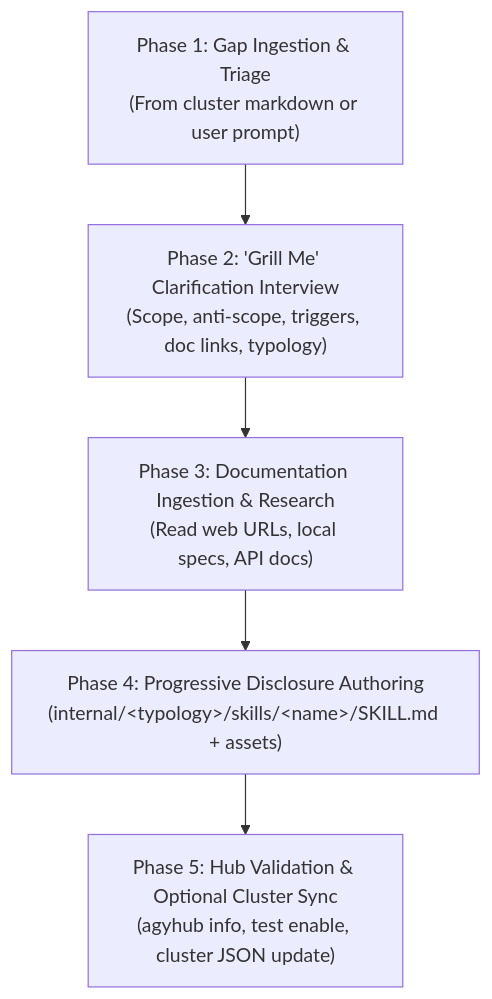
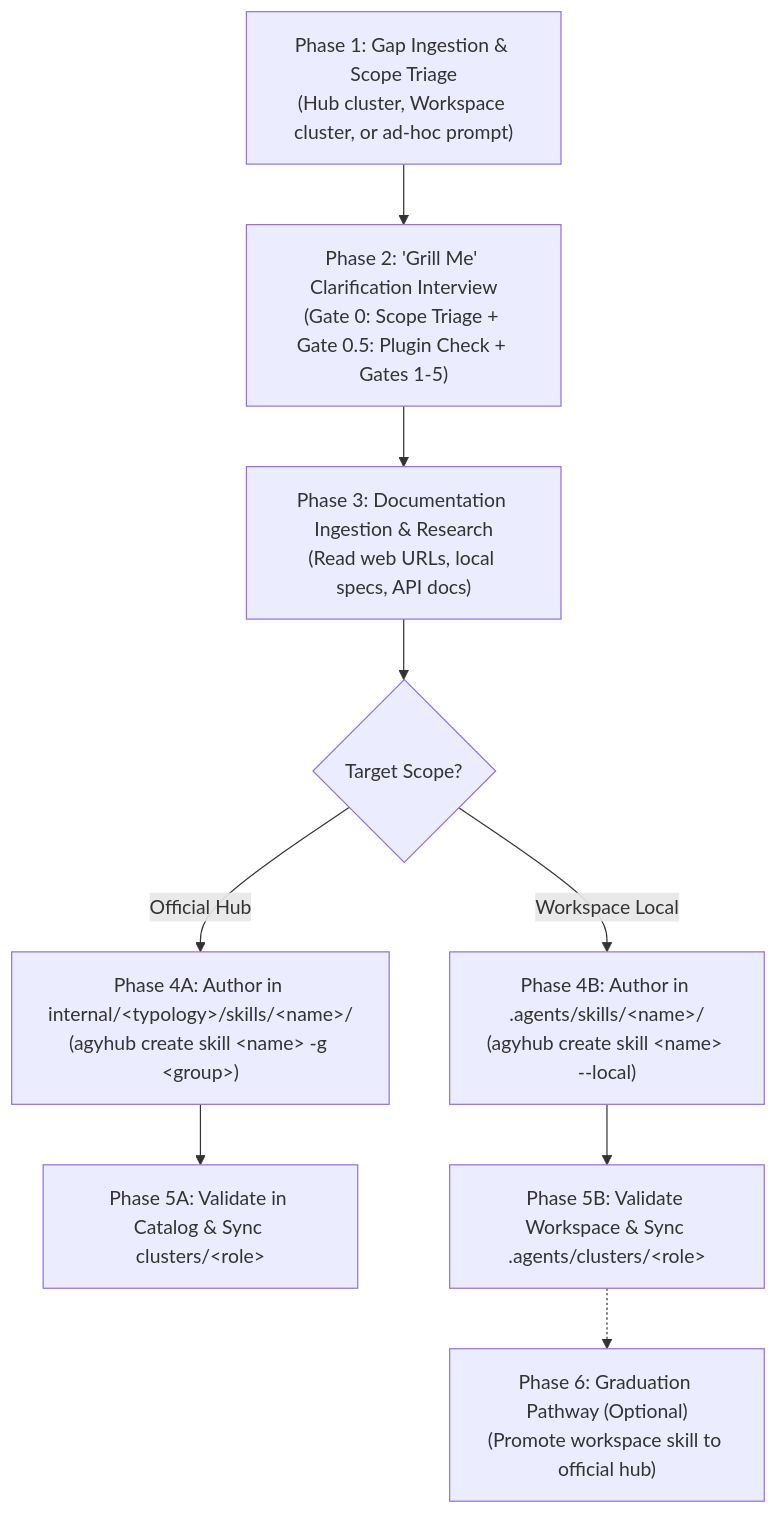
The diagram in internal/hub-tools/skills/agyhub-skills-gap-creator/SKILL.md (sogire/skills-hub), drawn with Mermaid before and after one commit. The commit also changed other lines of this file and 4 other files, not shown here.

First line of the commit message:
feat: support workspace-scoped clusters, local skill scaffolding, and scope-aware skills creation

````diff
--- a/internal/hub-tools/skills/agyhub-skills-gap-creator/SKILL.md
+++ b/internal/hub-tools/skills/agyhub-skills-gap-creator/SKILL.md
@@ -26,7 +26,11 @@
 ```mermaid
 flowchart TD
-    A["Phase 1: Gap Ingestion & Triage<br>(From cluster markdown or user prompt)"] --> B["Phase 2: 'Grill Me' Clarification Interview<br>(Scope, anti-scope, triggers, doc links, typology)"]
+    A["Phase 1: Gap Ingestion & Scope Triage<br>(Hub cluster, Workspace cluster, or ad-hoc prompt)"] --> B["Phase 2: 'Grill Me' Clarification Interview<br>(Gate 0: Scope Triage + Gate 0.5: Plugin Check + Gates 1-5)"]
     B --> C["Phase 3: Documentation Ingestion & Research<br>(Read web URLs, local specs, API docs)"]
-    C --> D["Phase 4: Progressive Disclosure Authoring<br>(internal/&lt;typology&gt;/skills/&lt;name&gt;/SKILL.md + assets)"]
-    D --> E["Phase 5: Hub Validation & Optional Cluster Sync<br>(agyhub info, test enable, cluster JSON update)"]
+    C --> D{"Target Scope?"}
+    D -- "Official Hub" --> E1["Phase 4A: Author in internal/&lt;typology&gt;/skills/&lt;name&gt;/<br>(agyhub create skill &lt;name&gt; -g &lt;group&gt;)"]
+    D -- "Workspace Local" --> E2["Phase 4B: Author in .agents/skills/&lt;name&gt;/<br>(agyhub create skill &lt;name&gt; --local)"]
+    E1 --> F1["Phase 5A: Validate in Catalog & Sync clusters/&lt;role&gt;"]
+    E2 --> F2["Phase 5B: Validate Workspace & Sync .agents/clusters/&lt;role&gt;"]
+    F2 -.-> G["Phase 6: Graduation Pathway (Optional)<br>(Promote workspace skill to official hub)"]
 ```
````
